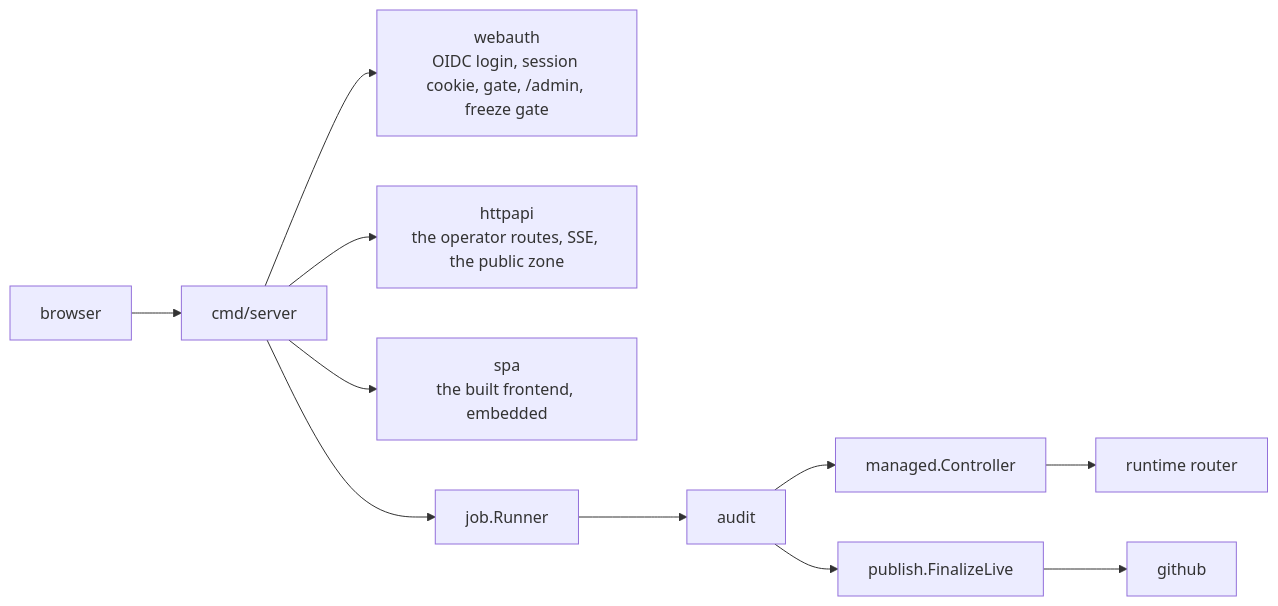
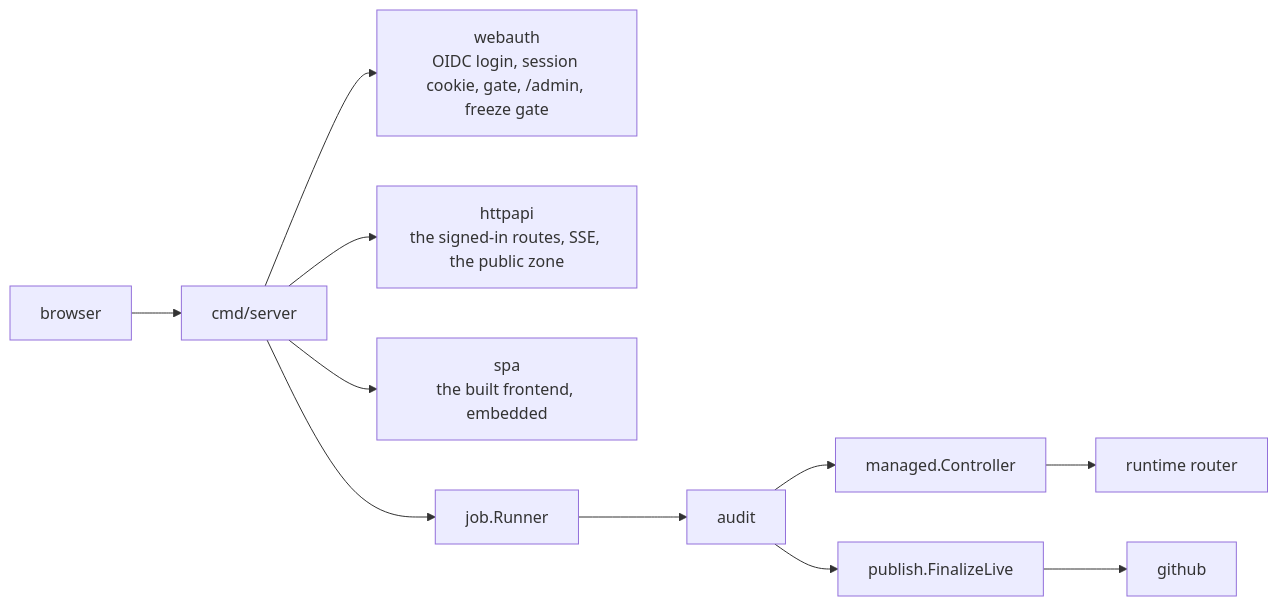
One commit to latere-ai/replichai changed the second of 3 diagrams in docs/architecture.md. Above: the diagram before and after it, drawn with Mermaid. The commit also changed other lines of this file and 7 other files, not shown here.

````diff
--- a/docs/architecture.md
+++ b/docs/architecture.md
@@ -24,13 +24,13 @@
 ```mermaid
 flowchart LR
     browser --> server["cmd/server"]
     server --> webauth["webauth<br/>OIDC login, session cookie, gate, /admin, freeze gate"]
-    server --> httpapi["httpapi<br/>the operator routes, SSE, the public zone"]
+    server --> httpapi["httpapi<br/>the signed-in routes, SSE, the public zone"]
     server --> spa["spa<br/>the built frontend, embedded"]
     server --> runner["job.Runner"]
     runner --> audit["audit"]
     audit --> controller["managed.Controller"]
     controller --> router["runtime router"]
     audit --> finalize["publish.FinalizeLive"]
     finalize --> github["github"]
 ```
````
